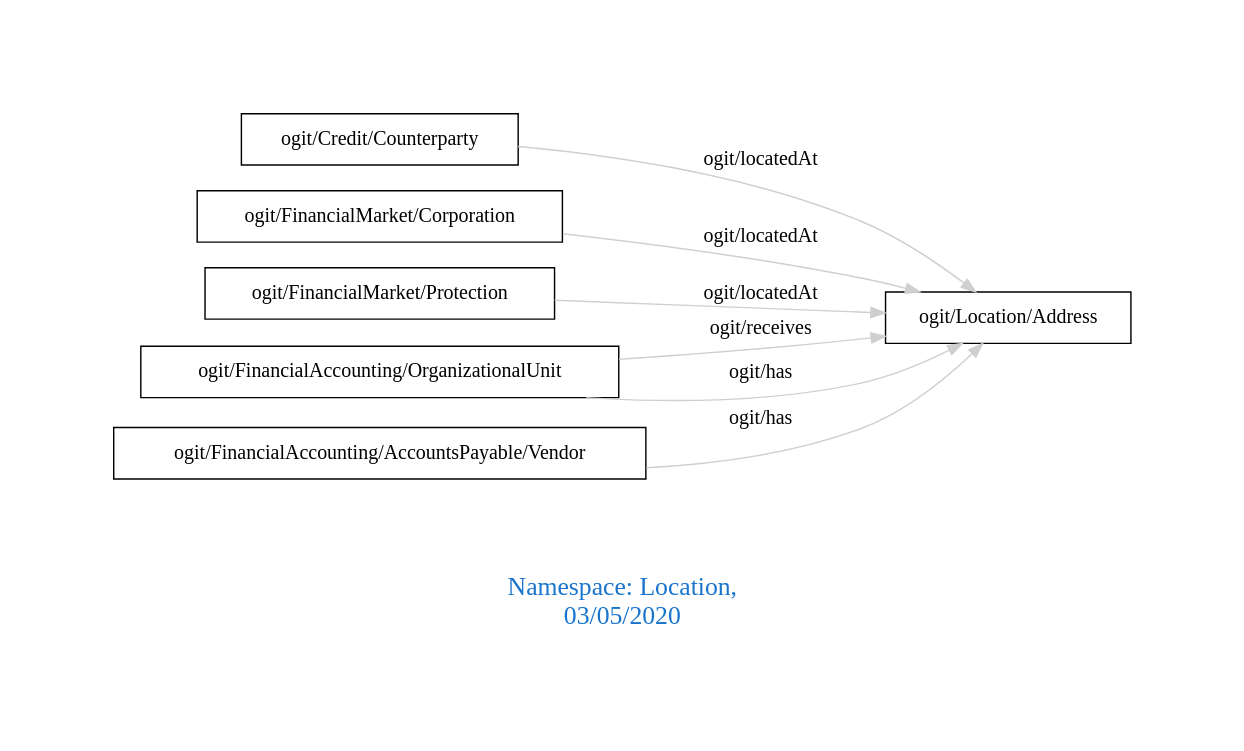
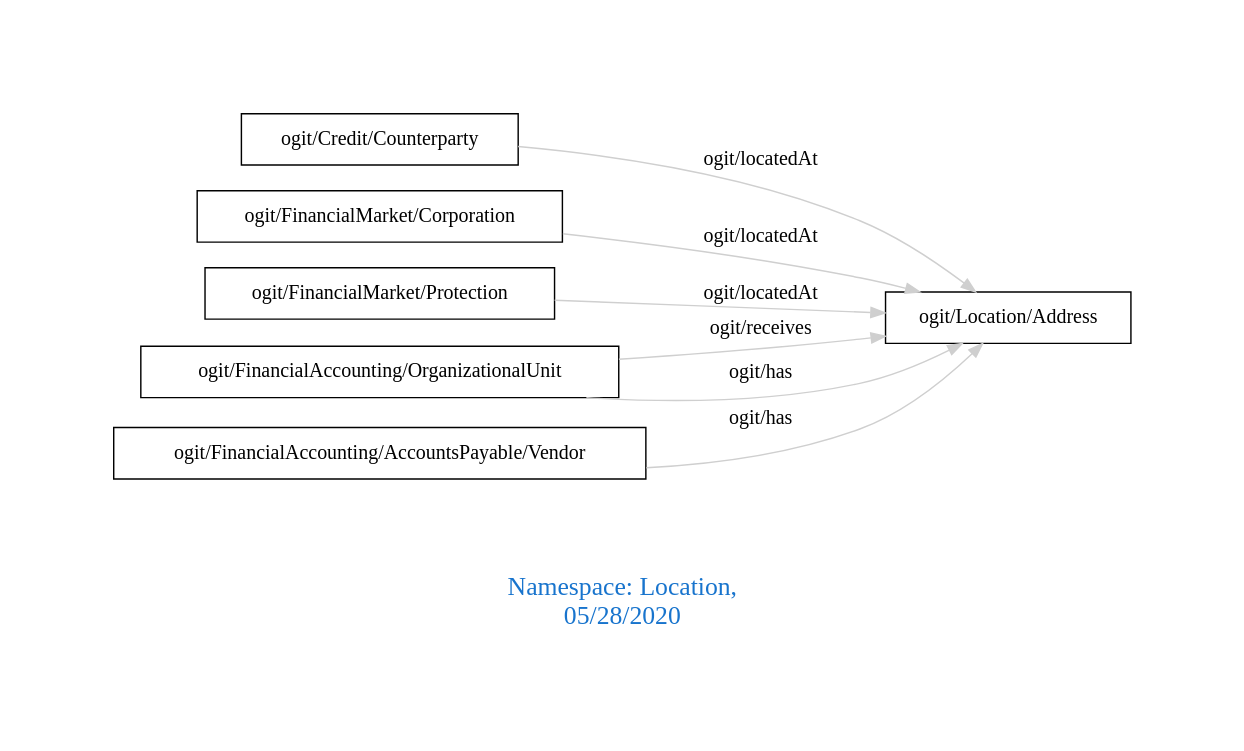
One commit to arago/OGIT changed the diagram in downloads/Location.dot. Above: the diagram before and after it, drawn with Graphviz. The commit also changed 1715 other files, not shown here.

```diff
--- a/downloads/Location.dot
+++ b/downloads/Location.dot
@@ -1,14 +1,14 @@
 digraph OGIT_ontology {
  graph [ rankdir= LR,pad=1 
 fontsize = 18,
-fontcolor= dodgerblue3,label = "\n\n\nNamespace: Location, \n 03/05/2020"];
+fontcolor= dodgerblue3,label = "\n\n\nNamespace: Location, \n 05/28/2020"];
 node[shape=polygon];
 edge [  color="gray81"];
 
    "ogit/Credit/Counterparty" -> "ogit/Location/Address" [label="   ogit/locatedAt    "];
    "ogit/FinancialMarket/Corporation" -> "ogit/Location/Address" [label="   ogit/locatedAt    "];
    "ogit/FinancialMarket/Protection" -> "ogit/Location/Address" [label="   ogit/locatedAt    "];
    "ogit/FinancialAccounting/OrganizationalUnit" -> "ogit/Location/Address" [label="   ogit/receives    "];
    "ogit/FinancialAccounting/AccountsPayable/Vendor" -> "ogit/Location/Address" [label="   ogit/has    "];
    "ogit/FinancialAccounting/OrganizationalUnit" -> "ogit/Location/Address" [label="   ogit/has    "];
 }
```
